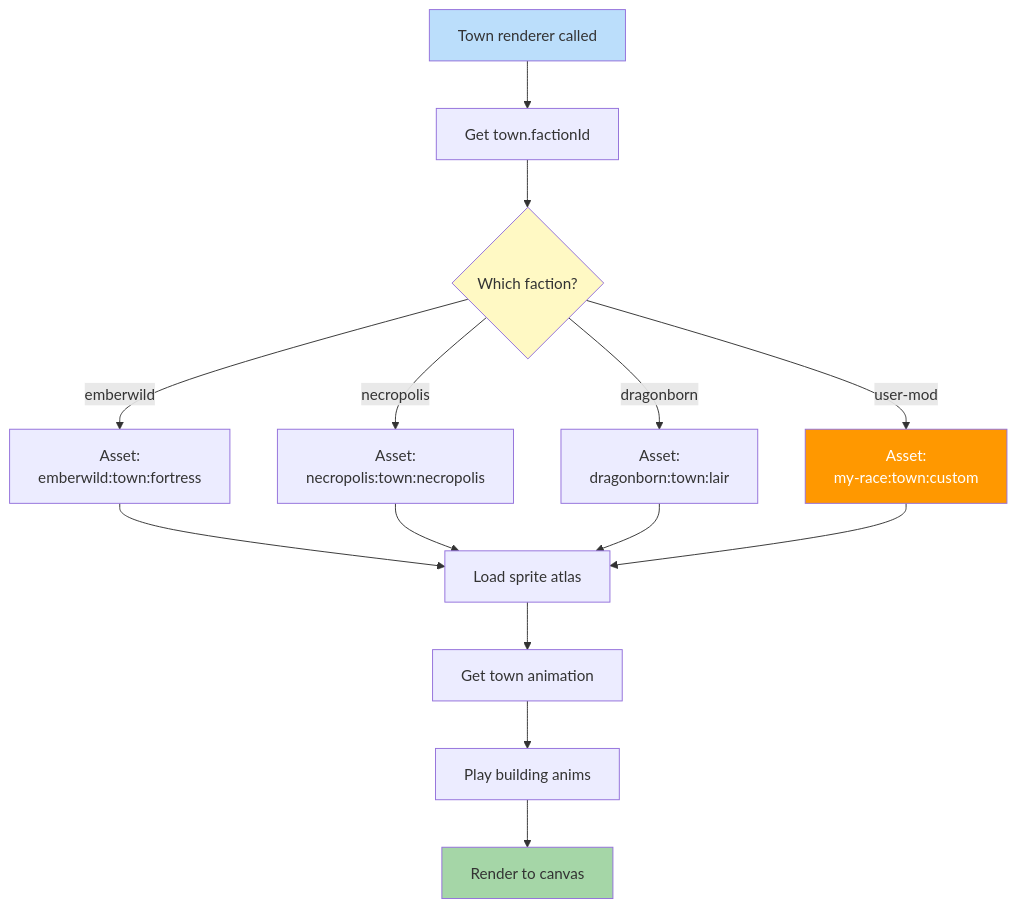
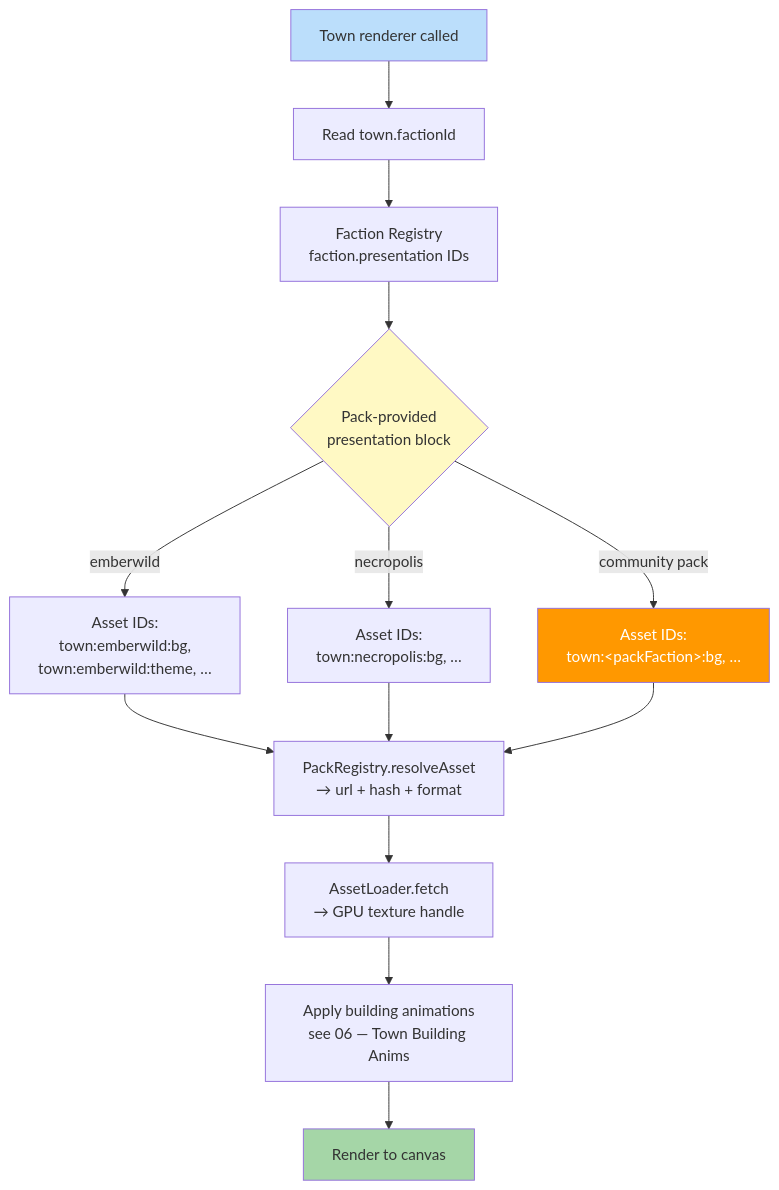
One commit to SunaNoOshiro/Heroes_Reforged_AI_Realms changed the diagram in docs/architecture/diagrams/05-castle-render.md. Above: the diagram before and after it, drawn with Mermaid. The commit also changed other lines of this file and 518 other files, not shown here.

First line of the commit message:
Add doc-audit skill and sweep architecture/screen docs

````diff
--- a/docs/architecture/diagrams/05-castle-render.md
+++ b/docs/architecture/diagrams/05-castle-render.md
@@ -10,20 +26,19 @@
 ```mermaid
 flowchart TD
-    A[Town renderer called] --> B[Get town.factionId]
-    B --> C{Which faction?}
-    C -->|emberwild| D[Asset:<br/>emberwild:town:fortress]
-    C -->|necropolis| E[Asset:<br/>necropolis:town:necropolis]
-    C -->|dragonborn| F[Asset:<br/>dragonborn:town:lair]
-    C -->|user-mod| G[Asset:<br/>my-race:town:custom]
-    D --> H[Load sprite atlas]
-    E --> H
+    A[Town renderer called] --> B[Read town.factionId]
+    B --> C[Faction Registry<br/>faction.presentation IDs]
+    C --> D{Pack-provided<br/>presentation block}
+    D -->|emberwild| E[Asset IDs:<br/>town:emberwild:bg,<br/>town:emberwild:theme, …]
+    D -->|necropolis| F[Asset IDs:<br/>town:necropolis:bg, …]
+    D -->|community pack| G[Asset IDs:<br/>town:&lt;packFaction&gt;:bg, …]
+    E --> H[PackRegistry.resolveAsset<br/>→ url + hash + format]
     F --> H
     G --> H
-    H --> I[Get town animation]
-    I --> J[Play building anims]
+    H --> I[AssetLoader.fetch<br/>→ GPU texture handle]
+    I --> J[Apply building animations<br/>see 06 — Town Building Anims]
     J --> K[Render to canvas]
     style A fill:#bbdefb
-    style C fill:#fff9c4
+    style D fill:#fff9c4
     style G fill:#ff9800,color:#fff
     style K fill:#a5d6a7
 ```
````
